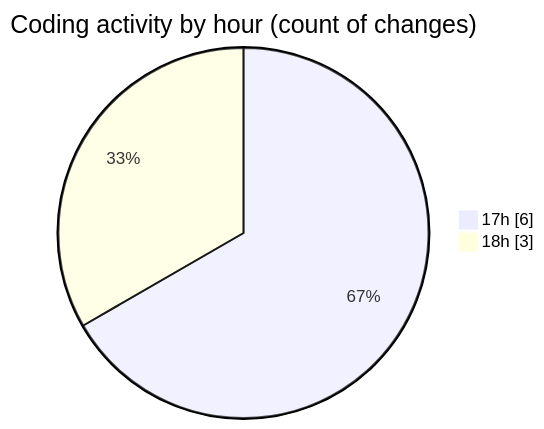
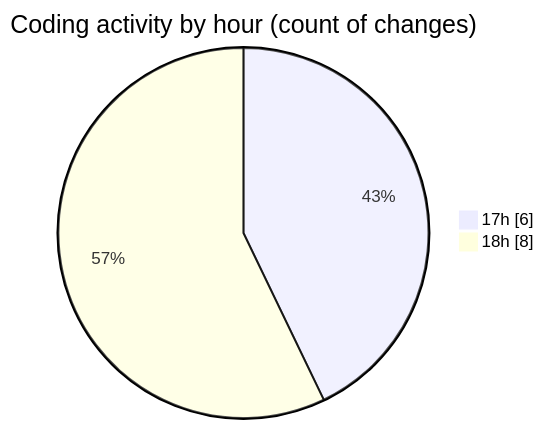
One commit to MatusMokan/code-tracking changed the second of 2 diagrams in 2026-01-21/testtrexima/README.md. Above: the diagram before and after it, drawn with Mermaid. The commit also changed other lines of this file and 1 other file, not shown here.

````diff
--- a/2026-01-21/testtrexima/README.md
+++ b/2026-01-21/testtrexima/README.md
@@ -28,6 +30,6 @@
 ```mermaid
 pie showData
 title Coding activity by hour (count of changes)
 "17h" : 6
-"18h" : 3
+"18h" : 8
 ```
````
